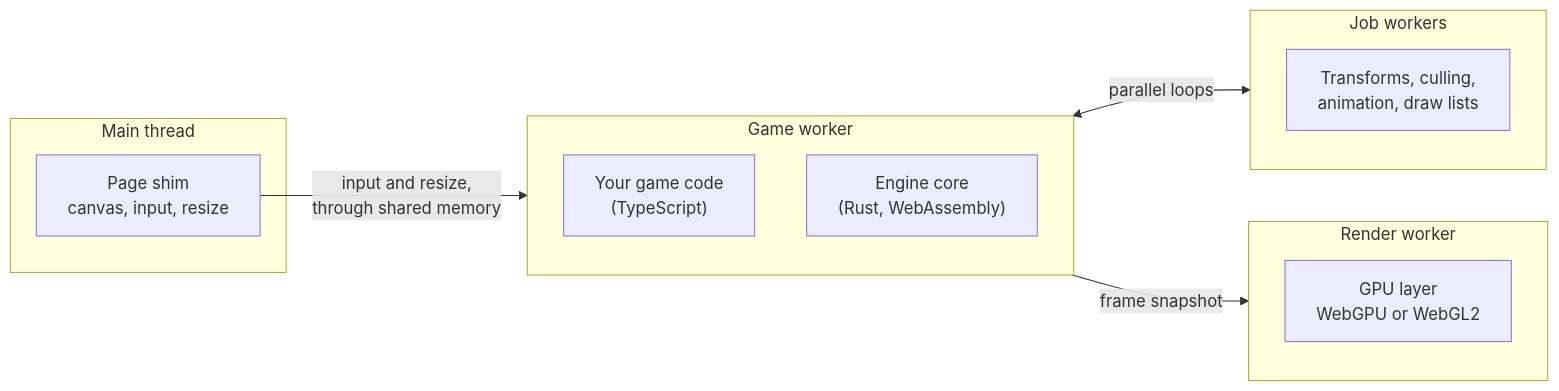
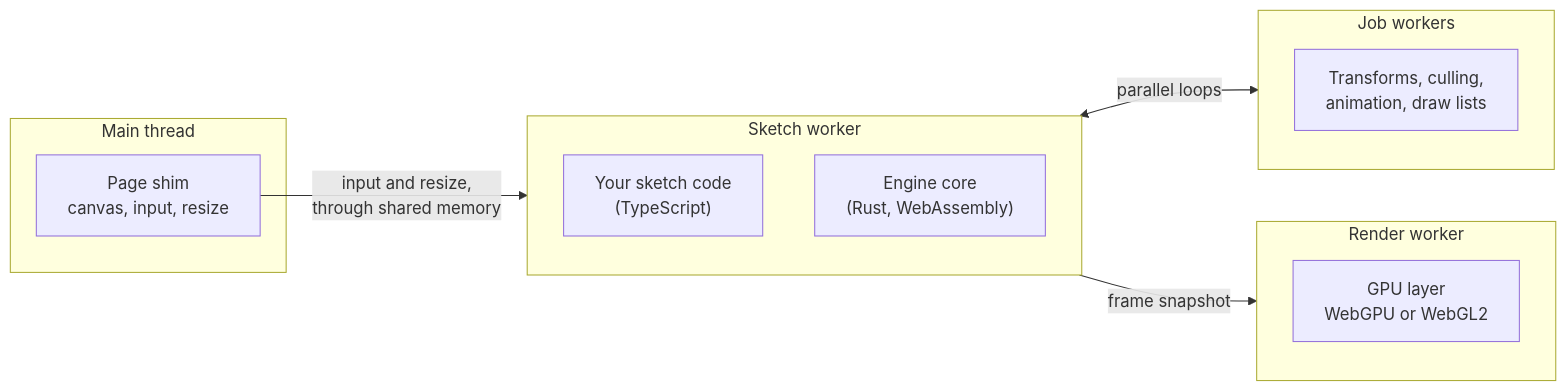
One commit to null3d-engine/null3d changed the diagram in docs/concepts/architecture.md. Above: the diagram before and after it, drawn with Mermaid. The commit also changed other lines of this file and 116 other files, not shown here.

First line of the commit message:
feat(engine)!: call a 3D scene a sketch, and rename the game APIs to match

````diff
--- a/docs/concepts/architecture.md
+++ b/docs/concepts/architecture.md
@@ -13,19 +13,19 @@
 ```mermaid
 flowchart LR
     subgraph main["Main thread"]
         shim["Page shim<br/>canvas, input, resize"]
     end
-    subgraph game["Game worker"]
-        code["Your game code<br/>(TypeScript)"]
+    subgraph sketch["Sketch worker"]
+        code["Your sketch code<br/>(TypeScript)"]
         core["Engine core<br/>(Rust, WebAssembly)"]
     end
     subgraph jobs["Job workers"]
         work["Transforms, culling,<br/>animation, draw lists"]
     end
     subgraph render["Render worker"]
         gpu["GPU layer<br/>WebGPU or WebGL2"]
     end
-    shim -- "input and resize,<br/>through shared memory" --> game
-    game <-- "parallel loops" --> jobs
-    game -- "frame snapshot" --> render
+    shim -- "input and resize,<br/>through shared memory" --> sketch
+    sketch <-- "parallel loops" --> jobs
+    sketch -- "frame snapshot" --> render
 ```
````
